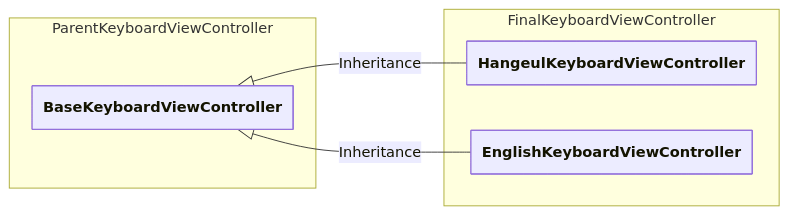
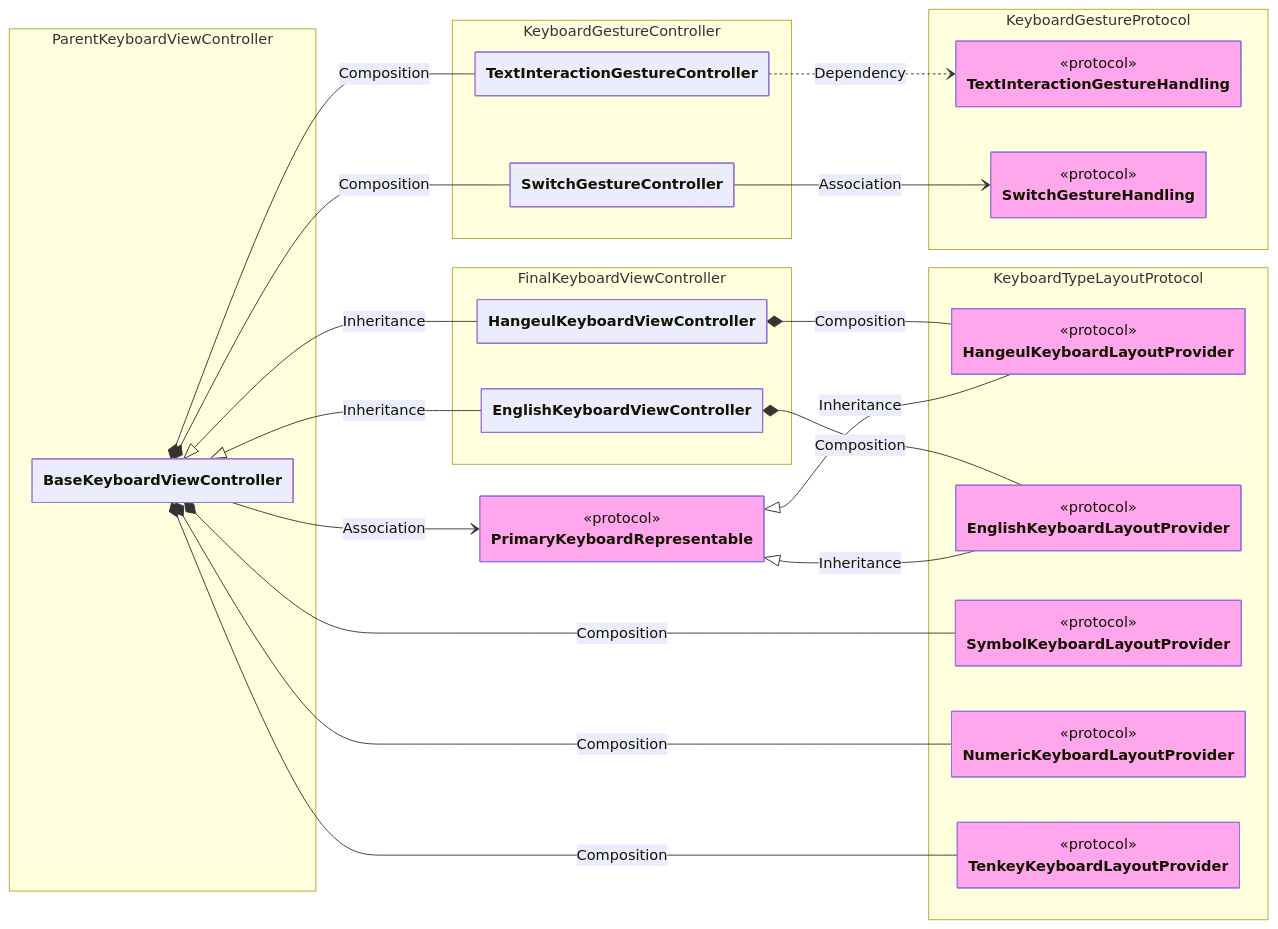
Before and after one commit to SNMac/SYKeyboard: the first of 3 diagrams in README.md, drawn with Mermaid.

Commit message:
docs: Mermaid 코드 수정

````diff
--- a/README.md
+++ b/README.md
@@ -191,31 +191,77 @@
 ``` mermaid
 %%{
   init: {
     "theme": "default",
     "fontFamily": "JetBrainsMono NFP",
     "elk": {
         "mergeEdges": false,
         "nodePlacementStrategy": "BRANDES_KOEPF",
         "forceNodeModelOrder": false,
         "considerModelOrder": "NODES_AND_EDGES"
     },
     "class": {
         "hideEmptyMembersBox": true
     }
   }
 }%%
 classDiagram
 direction LR
     %% Keyboard Type
+    namespace KeyboardGestureController {
+      class TextInteractionGestureController
+      class SwitchGestureController
+    }
+
+    namespace KeyboardGestureProtocol {
+      class TextInteractionGestureHandling
+      class SwitchGestureHandling
+    }
+
+    namespace KeyboardTypeLayoutProtocol {
+      class HangeulKeyboardLayoutProvider
+      class EnglishKeyboardLayoutProvider
+      class SymbolKeyboardLayoutProvider
+      class NumericKeyboardLayoutProvider
+      class TenkeyKeyboardLayoutProvider
+    }
+
     namespace ParentKeyboardViewController {
       class BaseKeyboardViewController
     }
 
     namespace FinalKeyboardViewController {
       class HangeulKeyboardViewController
       class EnglishKeyboardViewController
     }
 
+    class TextInteractionGestureHandling:::SYKeyboard_primary { <<protocol>> }
+    class SwitchGestureHandling:::SYKeyboard_primary { <<protocol>> }
+    class PrimaryKeyboardRepresentable:::SYKeyboard_primary { <<protocol>> }
+    class HangeulKeyboardLayoutProvider:::SYKeyboard_primary { <<protocol>> }
+    class EnglishKeyboardLayoutProvider:::SYKeyboard_primary { <<protocol>> }
+    class SymbolKeyboardLayoutProvider:::SYKeyboard_primary { <<protocol>> }
+    class NumericKeyboardLayoutProvider:::SYKeyboard_primary { <<protocol>> }
+    class TenkeyKeyboardLayoutProvider:::SYKeyboard_primary { <<protocol>> }
+
+    BaseKeyboardViewController --> PrimaryKeyboardRepresentable: Association
+    BaseKeyboardViewController *-- SymbolKeyboardLayoutProvider: Composition
+    BaseKeyboardViewController *-- NumericKeyboardLayoutProvider: Composition
+    BaseKeyboardViewController *-- TenkeyKeyboardLayoutProvider: Composition
+
+    BaseKeyboardViewController *-- TextInteractionGestureController: Composition
+    BaseKeyboardViewController *-- SwitchGestureController: Composition
+
+    TextInteractionGestureController ..> TextInteractionGestureHandling: Dependency
+    SwitchGestureController --> SwitchGestureHandling: Association
+
     BaseKeyboardViewController <|-- HangeulKeyboardViewController: Inheritance
     BaseKeyboardViewController <|-- EnglishKeyboardViewController: Inheritance
+
+    HangeulKeyboardViewController *-- HangeulKeyboardLayoutProvider: Composition
+    PrimaryKeyboardRepresentable <|-- HangeulKeyboardLayoutProvider: Inheritance
+
+    EnglishKeyboardViewController *-- EnglishKeyboardLayoutProvider: Composition
+    PrimaryKeyboardRepresentable <|-- EnglishKeyboardLayoutProvider: Inheritance
+
+    classDef SYKeyboard_primary fill:#ffa6ed
 ```
````
